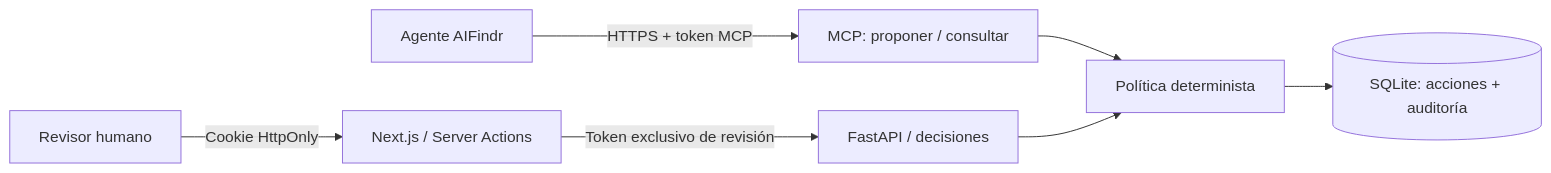
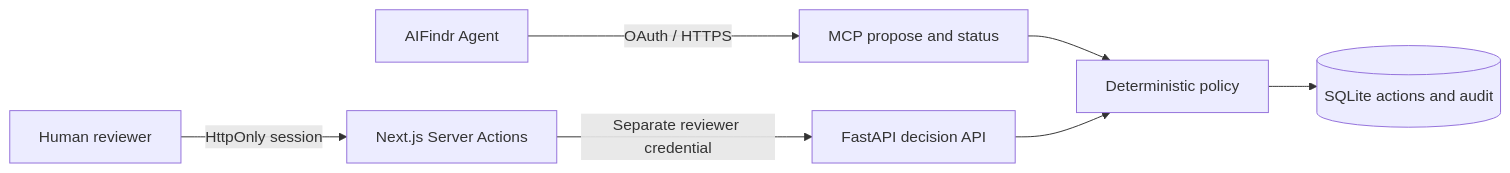
Before and after one commit to mikeldev0/bank-assistant: the diagram in README.md, drawn with Mermaid. The commit also changed other lines of this file and 13 other files, not shown here.

````diff
--- a/README.md
+++ b/README.md
@@ -61,9 +95,9 @@
 ```mermaid
 flowchart LR
-    A[Agente AIFindr] -->|HTTPS + token MCP| M[MCP: proponer / consultar]
-    H[Revisor humano] -->|Cookie HttpOnly| N[Next.js / Server Actions]
-    N -->|Token exclusivo de revisión| F[FastAPI / decisiones]
-    M --> D[Política determinista]
+    A[AIFindr Agent] -->|OAuth / HTTPS| M[MCP propose and status]
+    H[Human reviewer] -->|HttpOnly session| N[Next.js Server Actions]
+    N -->|Separate reviewer credential| F[FastAPI decision API]
+    M --> D[Deterministic policy]
     F --> D
-    D --> S[(SQLite: acciones + auditoría)]
+    D --> S[(SQLite actions and audit)]
 ```
````
